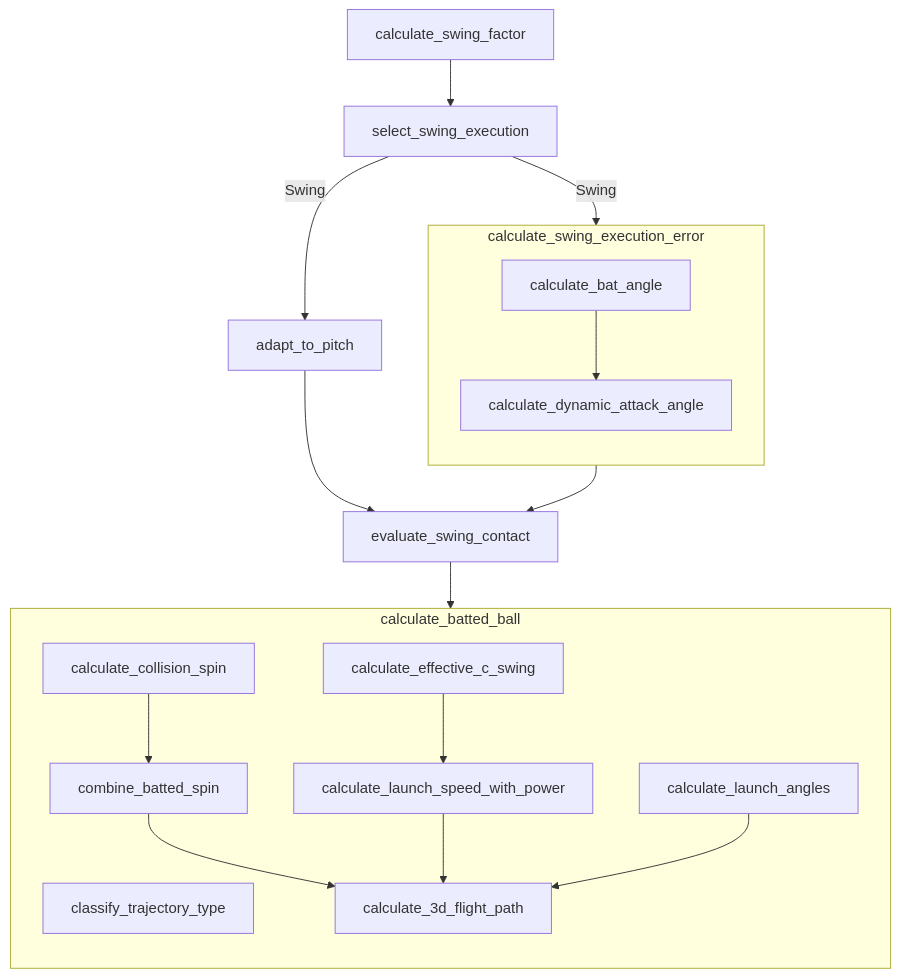
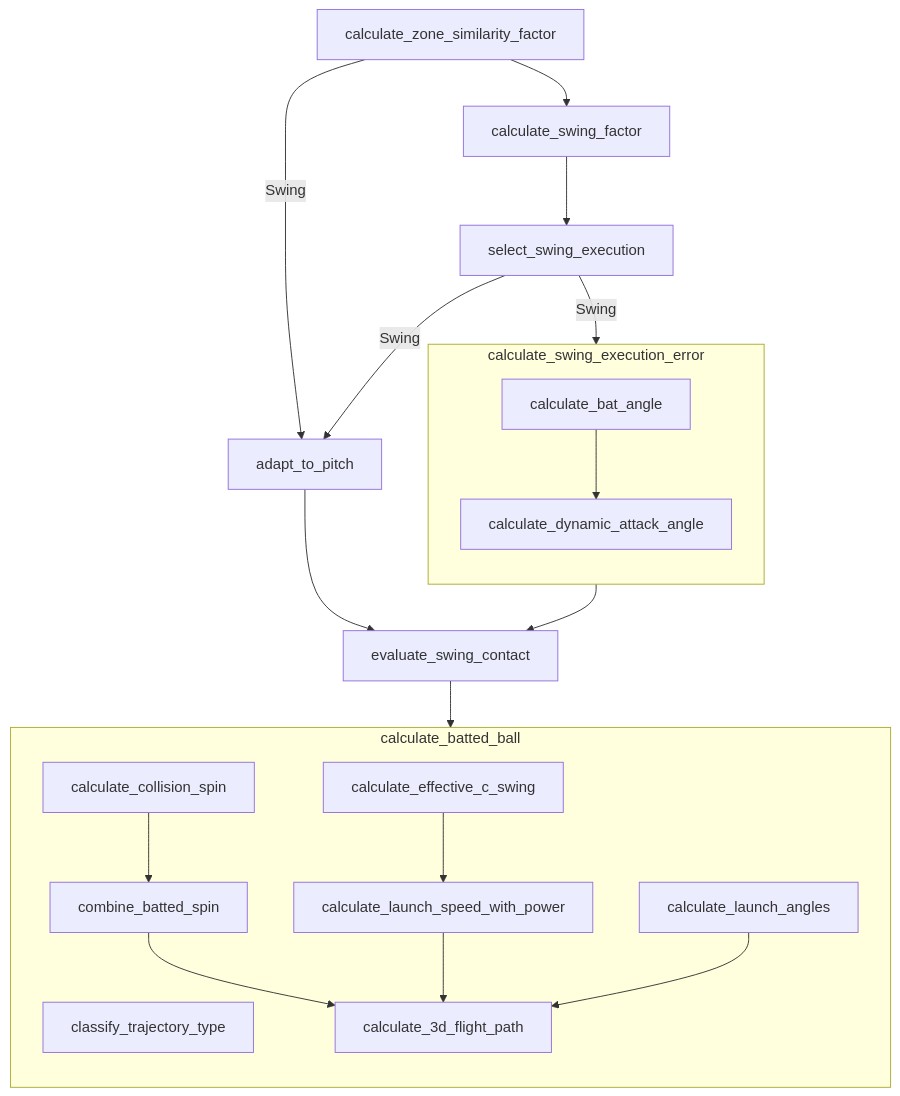
Before and after one commit to torafugu/saberbb: the diagram in docs/mmd/batting_diagram.mmd, drawn with Mermaid. The commit also changed 6 other files, not shown here.

Commit message:
calculate_zone_similarity_swing_factor was changed to calculate_zone_similarity_factor.

```diff
--- a/docs/mmd/batting_diagram.mmd
+++ b/docs/mmd/batting_diagram.mmd
@@ -1,18 +1,20 @@
 flowchart TD
+    calculate_zone_similarity_factor --> calculate_swing_factor
+    calculate_zone_similarity_factor --> |Swing|adapt_to_pitch
     calculate_swing_factor --> select_swing_execution
     select_swing_execution --> |Swing|adapt_to_pitch --> evaluate_swing_contact
     select_swing_execution --> |Swing|calculate_swing_execution_error --> evaluate_swing_contact
     evaluate_swing_contact --> calculate_batted_ball
 
     subgraph calculate_swing_execution_error
         direction TB
         calculate_bat_angle --> calculate_dynamic_attack_angle
     end
 
     subgraph calculate_batted_ball
         direction TB
         classify_trajectory_type
         calculate_collision_spin --> combine_batted_spin --> calculate_3d_flight_path
         calculate_effective_c_swing --> calculate_launch_speed_with_power --> calculate_3d_flight_path
         calculate_launch_angles --> calculate_3d_flight_path
     end
```
